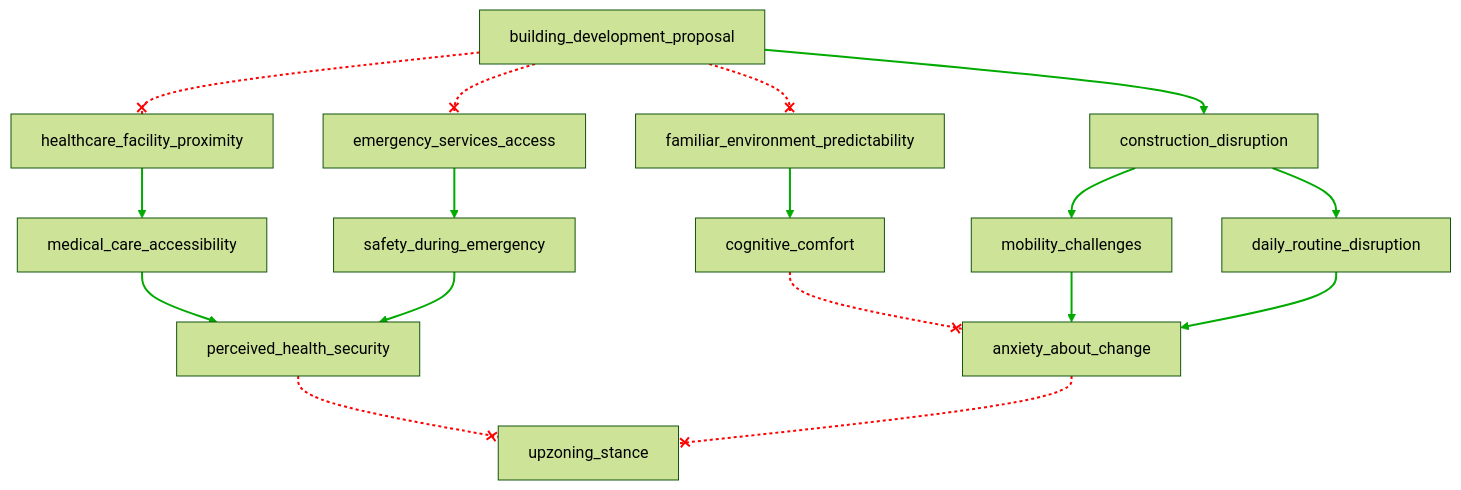
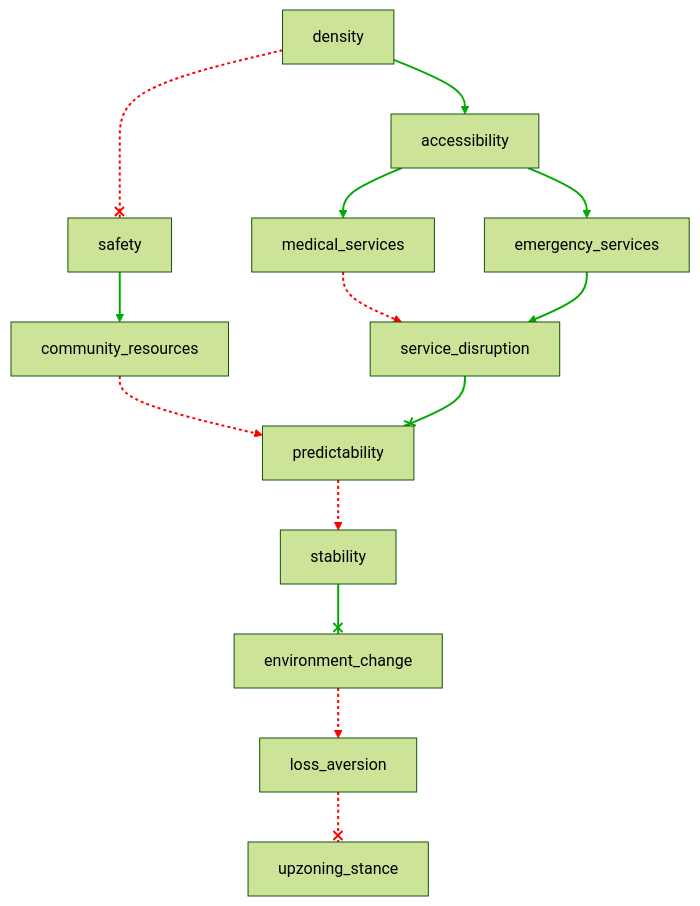
Before and after one commit to jajamoa/generative-minds: the diagram in data/samples_scm/sample_4.mmd, drawn with Mermaid (forest theme). The commit also changed 115 other files, not shown here.

````diff
--- a/data/samples_scm/sample_4.mmd
+++ b/data/samples_scm/sample_4.mmd
@@ -1,50 +1,41 @@
 ```mermaid
 flowchart TD
-    n1[building_development_proposal]
-    n2[healthcare_facility_proximity]
-    n3[emergency_services_access]
-    n4[familiar_environment_predictability]
-    n5[construction_disruption]
-    n6[medical_care_accessibility]
-    n7[safety_during_emergency]
-    n8[cognitive_comfort]
-    n9[mobility_challenges]
-    n10[daily_routine_disruption]
-    n11[perceived_health_security]
-    n12[anxiety_about_change]
-    n13[upzoning_stance]
-    
-    n1 --x n2
+    n1[density]
+    n2[accessibility]
+    n3[safety]
+    n4[medical_services]
+    n5[emergency_services]
+    n6[community_resources]
+    n7[service_disruption]
+    n8[predictability]
+    n9[stability]
+    n10[environment_change]
+    n11[loss_aversion]
+    n12[upzoning_stance]
+    n1 --> n2
     n1 --x n3
-    n1 --x n4
-    n1 --> n5
-    n2 --> n6
-    n3 --> n7
-    n4 --> n8
-    n5 --> n9
-    n5 --> n10
-    n6 --> n11
-    n7 --> n11
-    n8 --x n12
-    n9 --> n12
-    n10 --> n12
-    n11 --x n13
-    n12 --x n13
-    
-    linkStyle 0 stroke:#FF0000,stroke-dasharray:3,stroke-width:2px
+    n2 --> n4
+    n2 --> n5
+    n3 --> n6
+    n4 --> n7
+    n5 --> n7
+    n6 --> n8
+    n7 --x n8
+    n8 --> n9
+    n9 --x n10
+    n10 --> n11
+    n11 --x n12
+    linkStyle 0 stroke:#00AA00,stroke-width:2px
     linkStyle 1 stroke:#FF0000,stroke-dasharray:3,stroke-width:2px
-    linkStyle 2 stroke:#FF0000,stroke-dasharray:3,stroke-width:2px
+    linkStyle 2 stroke:#00AA00,stroke-width:2px
     linkStyle 3 stroke:#00AA00,stroke-width:2px
     linkStyle 4 stroke:#00AA00,stroke-width:2px
-    linkStyle 5 stroke:#00AA00,stroke-width:2px
+    linkStyle 5 stroke:#FF0000,stroke-dasharray:3,stroke-width:2px
     linkStyle 6 stroke:#00AA00,stroke-width:2px
-    linkStyle 7 stroke:#00AA00,stroke-width:2px
+    linkStyle 7 stroke:#FF0000,stroke-dasharray:3,stroke-width:2px
     linkStyle 8 stroke:#00AA00,stroke-width:2px
-    linkStyle 9 stroke:#00AA00,stroke-width:2px
+    linkStyle 9 stroke:#FF0000,stroke-dasharray:3,stroke-width:2px
     linkStyle 10 stroke:#00AA00,stroke-width:2px
     linkStyle 11 stroke:#FF0000,stroke-dasharray:3,stroke-width:2px
-    linkStyle 12 stroke:#00AA00,stroke-width:2px
-    linkStyle 13 stroke:#00AA00,stroke-width:2px
-    linkStyle 14 stroke:#FF0000,stroke-dasharray:3,stroke-width:2px
-    linkStyle 15 stroke:#FF0000,stroke-dasharray:3,stroke-width:2px
-``` 
+    linkStyle 12 stroke:#FF0000,stroke-dasharray:3,stroke-width:2px
+```
````
